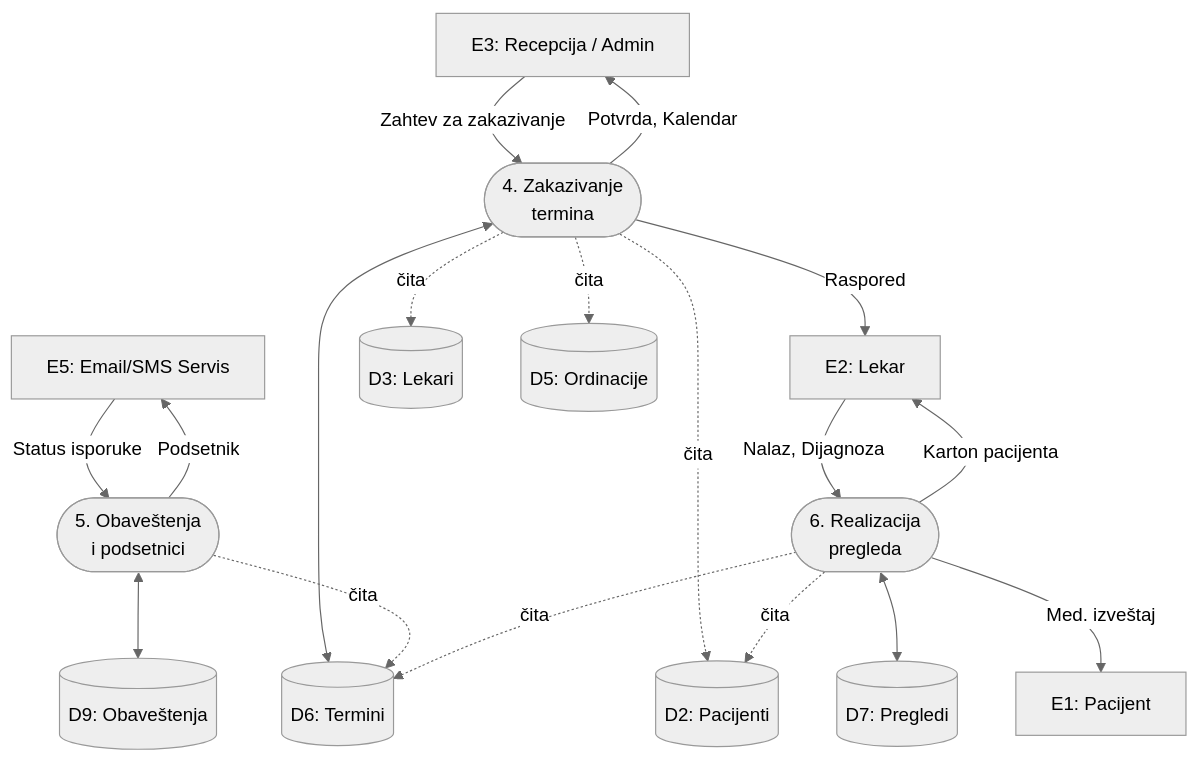
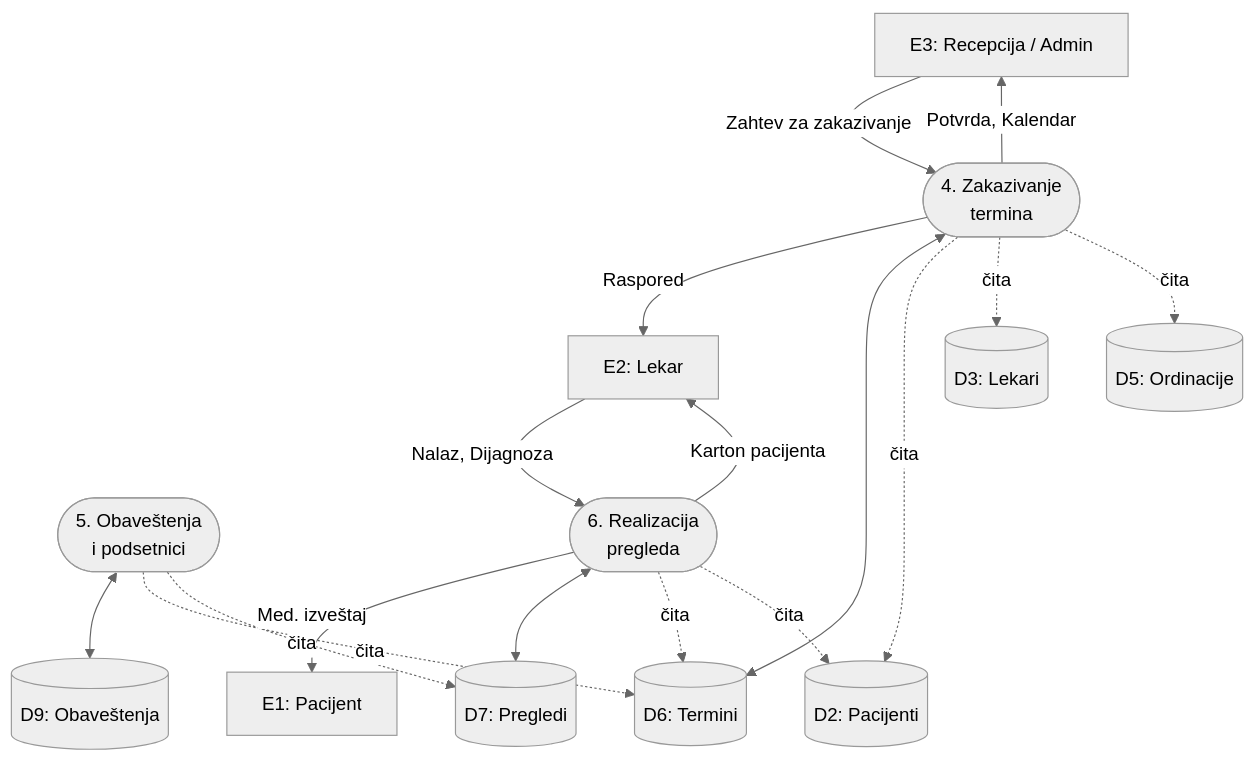
Before and after one commit to W1nt3rR/informacioni-sistem-privatne-klinike: the third of 34 diagrams in docs/sistem-analiza.md, drawn with Mermaid (neutral theme). The commit also changed other lines of this file and 25 other files, not shown here.

````diff
--- a/docs/sistem-analiza.md
+++ b/docs/sistem-analiza.md
@@ -270,38 +266,36 @@
 ```mermaid
 graph TD
     E1["E1: Pacijent"]
     E2["E2: Lekar"]
     E3["E3: Recepcija / Admin"]
-    E5["E5: Email/SMS Servis"]
 
     P4(["4. Zakazivanje<br/>termina"])
     P5(["5. Obaveštenja<br/>i podsetnici"])
     P6(["6. Realizacija<br/>pregleda"])
 
     D2[("D2: Pacijenti")]
     D3[("D3: Lekari")]
     D5[("D5: Ordinacije")]
     D6[("D6: Termini")]
     D7[("D7: Pregledi")]
     D9[("D9: Obaveštenja")]
 
     E3 -->|"Zahtev za zakazivanje"| P4
     P4 -->|"Potvrda, Kalendar"| E3
     P4 -->|"Raspored"| E2
     P4 <--> D6
     P4 -.->|"čita"| D2
     P4 -.->|"čita"| D3
     P4 -.->|"čita"| D5
 
-    P5 -->|"Podsetnik"| E5
-    E5 -->|"Status isporuke"| P5
     P5 <--> D9
     P5 -.->|"čita"| D6
+    P5 -.->|"čita"| D7
 
     E2 -->|"Nalaz, Dijagnoza"| P6
     P6 -->|"Karton pacijenta"| E2
     P6 -->|"Med. izveštaj"| E1
     P6 <--> D7
     P6 -.->|"čita"| D6
     P6 -.->|"čita"| D2
 ```
````
